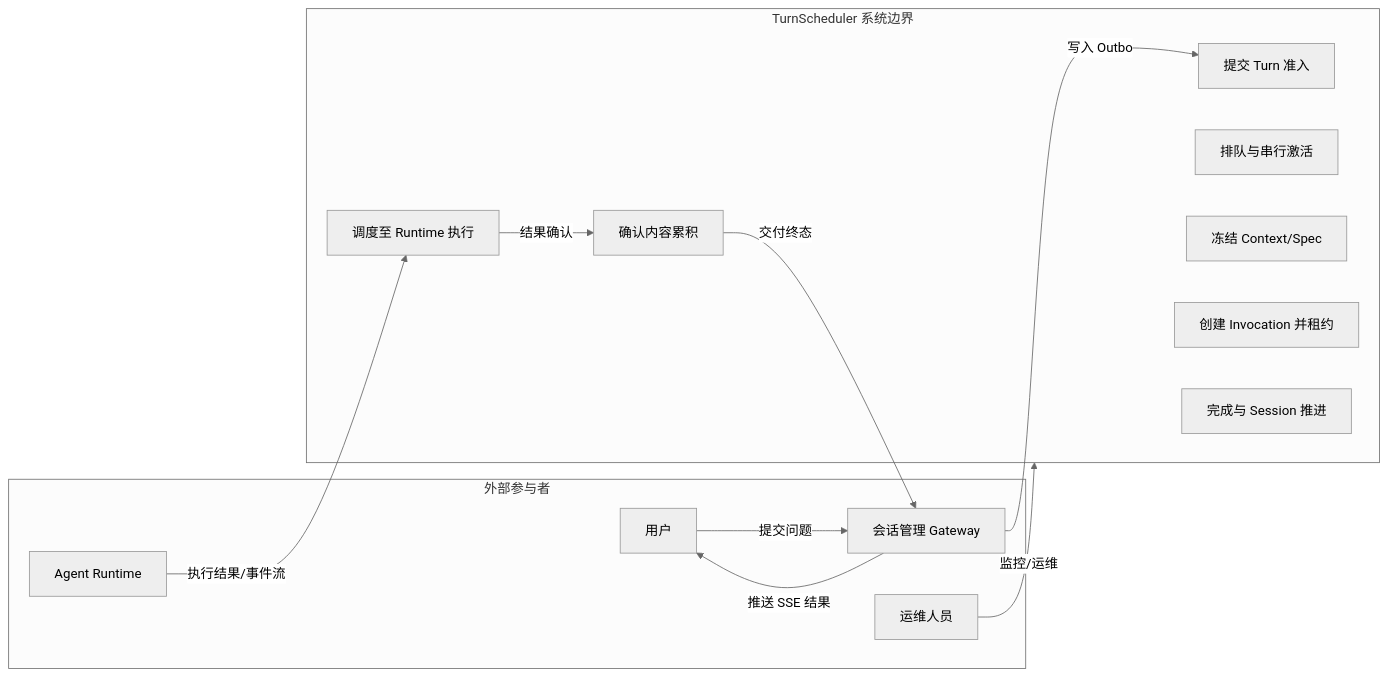
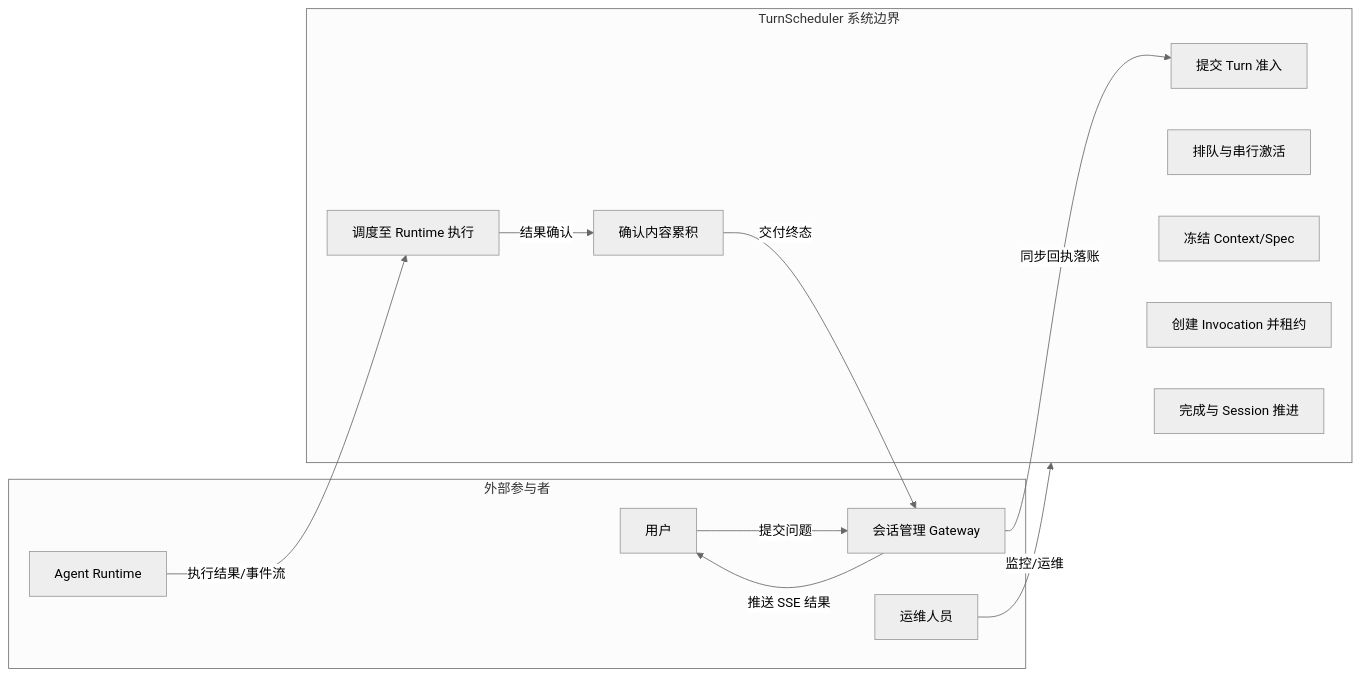
The first of 7 diagrams in design/turn-scheduler-hld.md (JamesLi-NLP/AgentGateway), drawn with Mermaid (neutral theme) before and after one commit. The commit also changed other lines of this file and 13 other files, not shown here.

````diff
--- a/design/turn-scheduler-hld.md
+++ b/design/turn-scheduler-hld.md
@@ -61,27 +60,27 @@
 ```mermaid
 flowchart LR
     subgraph Actor[外部参与者]
         U[用户]
         G[会话管理 Gateway]
         R[Agent Runtime]
         O[运维人员]
     end
 
     subgraph TS[TurnScheduler 系统边界]
         A[提交 Turn 准入]
         B[排队与串行激活]
         C[冻结 Context/Spec]
         D[创建 Invocation 并租约]
         E[调度至 Runtime 执行]
         F[确认内容累积]
         G2[完成与 Session 推进]
     end
 
     U --提交问题--> G
-    G --写入 Outbox--> A
+    G --同步回执落账--> A
     R --执行结果/事件流--> E
     E --结果确认--> F
     F --交付终态--> G
     G --推送 SSE 结果--> U
     O --监控/运维--> TS
 ```
````
